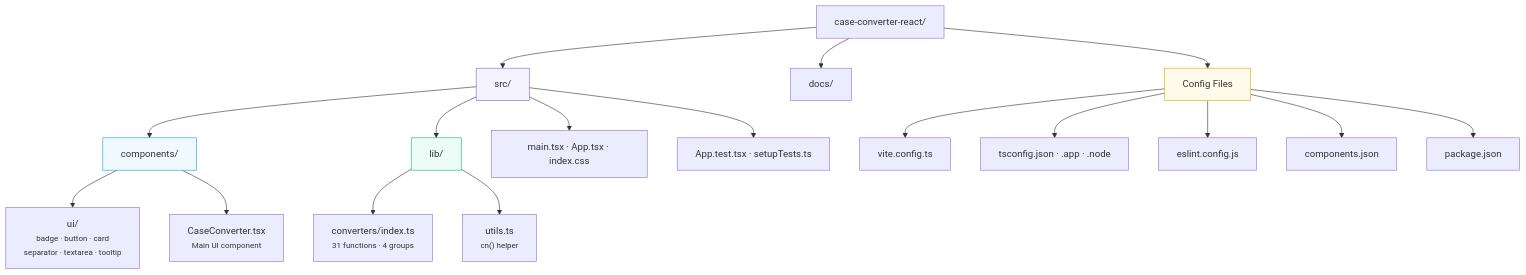
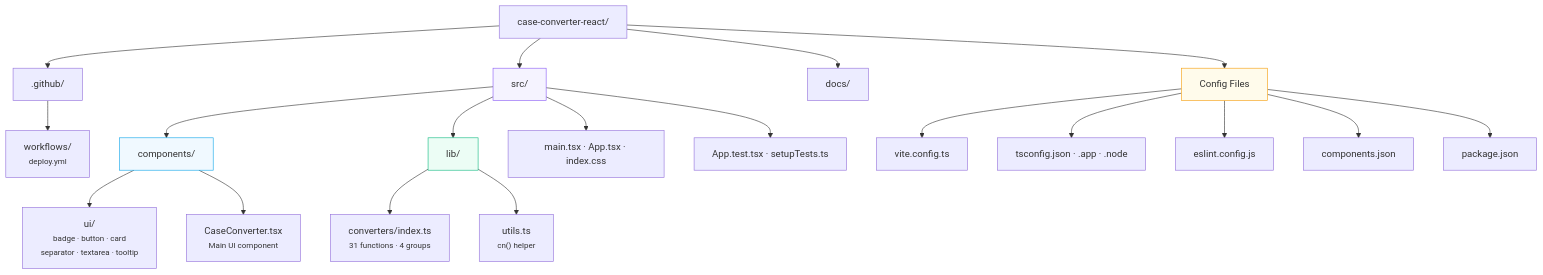
One commit to mrnbt7/case-converter-react changed diagram 11 of 11 in docs/hld.md. Above: the diagram before and after it, drawn with Mermaid. The commit also changed other lines of this file and 5 other files, not shown here.

````diff
--- a/docs/hld.md
+++ b/docs/hld.md
@@ -279,30 +316,33 @@
 ```mermaid
 graph TD
     Root["case-converter-react/"]
 
+    Root --> GH[".github/"]
     Root --> Src["src/"]
     Root --> Docs["docs/"]
     Root --> Config["Config Files"]
+
+    GH --> Workflows["workflows/<br/><small>deploy.yml</small>"]
 
     Src --> Components["components/"]
     Src --> Lib["lib/"]
     Src --> EntryFiles["main.tsx · App.tsx · index.css"]
     Src --> TestFiles["App.test.tsx · setupTests.ts"]
 
     Components --> UIDir["ui/<br/><small>badge · button · card<br/>separator · textarea · tooltip</small>"]
     Components --> CaseConv["CaseConverter.tsx<br/><small>Main UI component</small>"]
 
     Lib --> Converters["converters/index.ts<br/><small>31 functions · 4 groups</small>"]
     Lib --> Utils["utils.ts<br/><small>cn() helper</small>"]
 
     Config --> ViteConf["vite.config.ts"]
     Config --> TSConf["tsconfig.json · .app · .node"]
     Config --> ESLint["eslint.config.js"]
     Config --> ShadcnConf["components.json"]
     Config --> Pkg["package.json"]
 
     style Src fill:#f5f3ff,stroke:#8b5cf6
     style Components fill:#f0f9ff,stroke:#0ea5e9
     style Lib fill:#ecfdf5,stroke:#10b981
     style Config fill:#fffbeb,stroke:#f59e0b
 ```
````
